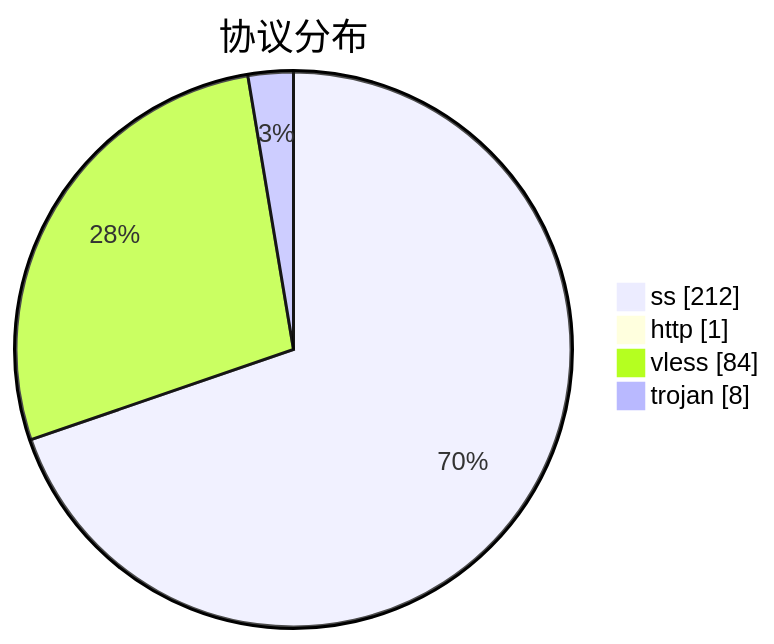
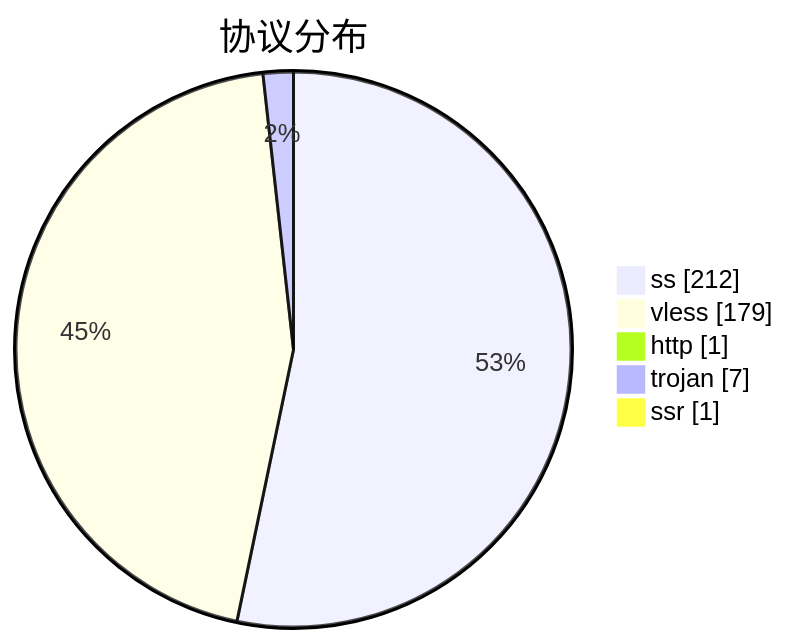
Before and after one commit to qjlxg/airport: the third of 3 diagrams in subs/statistics/tested_within.md, drawn with Mermaid. The commit also changed other lines of this file and 2 other files, not shown here.

````diff
--- a/subs/statistics/tested_within.md
+++ b/subs/statistics/tested_within.md
@@ -20,8 +19,9 @@
 ```mermaid
 pie showData
 title 协议分布
 "ss" : 212
+"vless" : 179
 "http" : 1
-"vless" : 84
-"trojan" : 8
+"trojan" : 7
+"ssr" : 1
 ```
````
